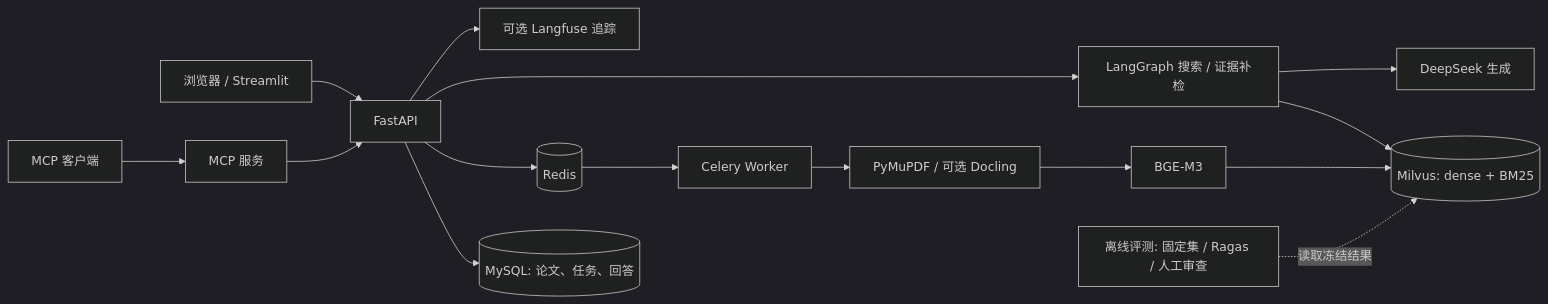
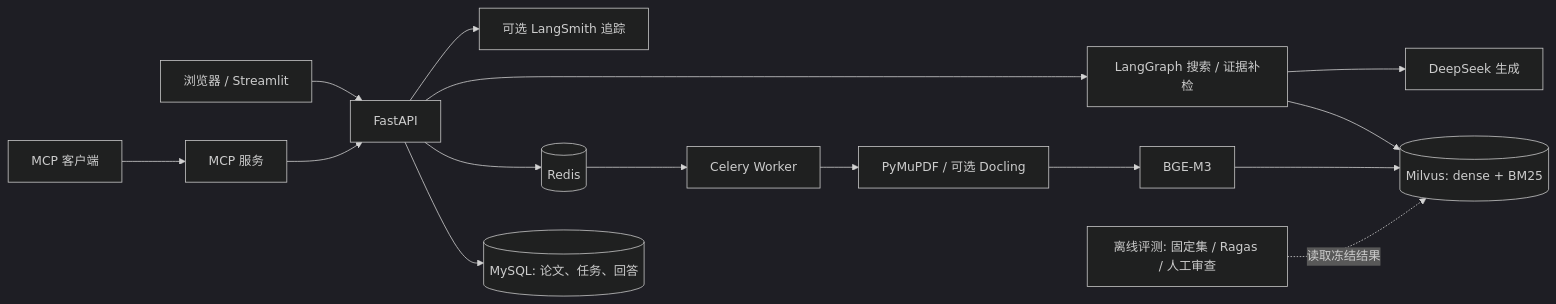
Before and after one commit to 1776052933/ScholarTrace-RAG: the diagram in docs/M6_RUN_AND_ACCEPTANCE.md, drawn with Mermaid (dark theme). The commit also changed 197 other files, not shown here.

````diff
--- a/docs/M6_RUN_AND_ACCEPTANCE.md
+++ b/docs/M6_RUN_AND_ACCEPTANCE.md
@@ -5,14 +5,14 @@
 ```mermaid
 flowchart LR
     U[浏览器 / Streamlit] --> API[FastAPI]
     X[MCP 客户端] --> MCP[MCP 服务] --> API
     API --> SQL[(MySQL: 论文、任务、回答)]
     API --> R[(Redis)] --> W[Celery Worker]
     W --> PDF[PyMuPDF / 可选 Docling]
     PDF --> EMB[BGE-M3] --> M[(Milvus: dense + BM25)]
     API --> G[LangGraph 搜索 / 证据补检]
     G --> M
     G --> LLM[DeepSeek 生成]
-    API --> LF[可选 Langfuse 追踪]
+    API --> LS[可选 LangSmith 追踪]
     E[离线评测: 固定集 / Ragas / 人工审查] -.读取冻结结果.-> M
 ```
````
